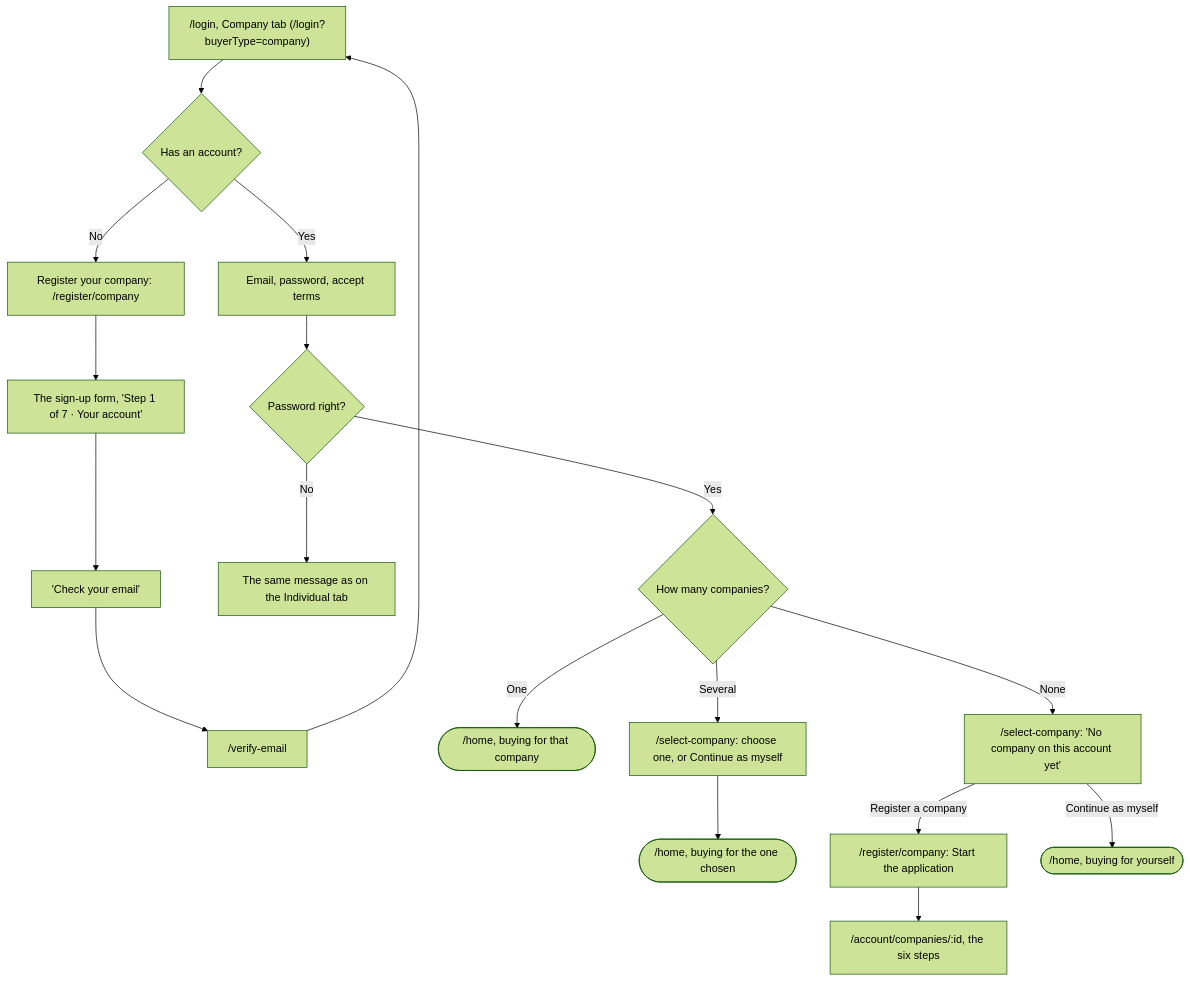
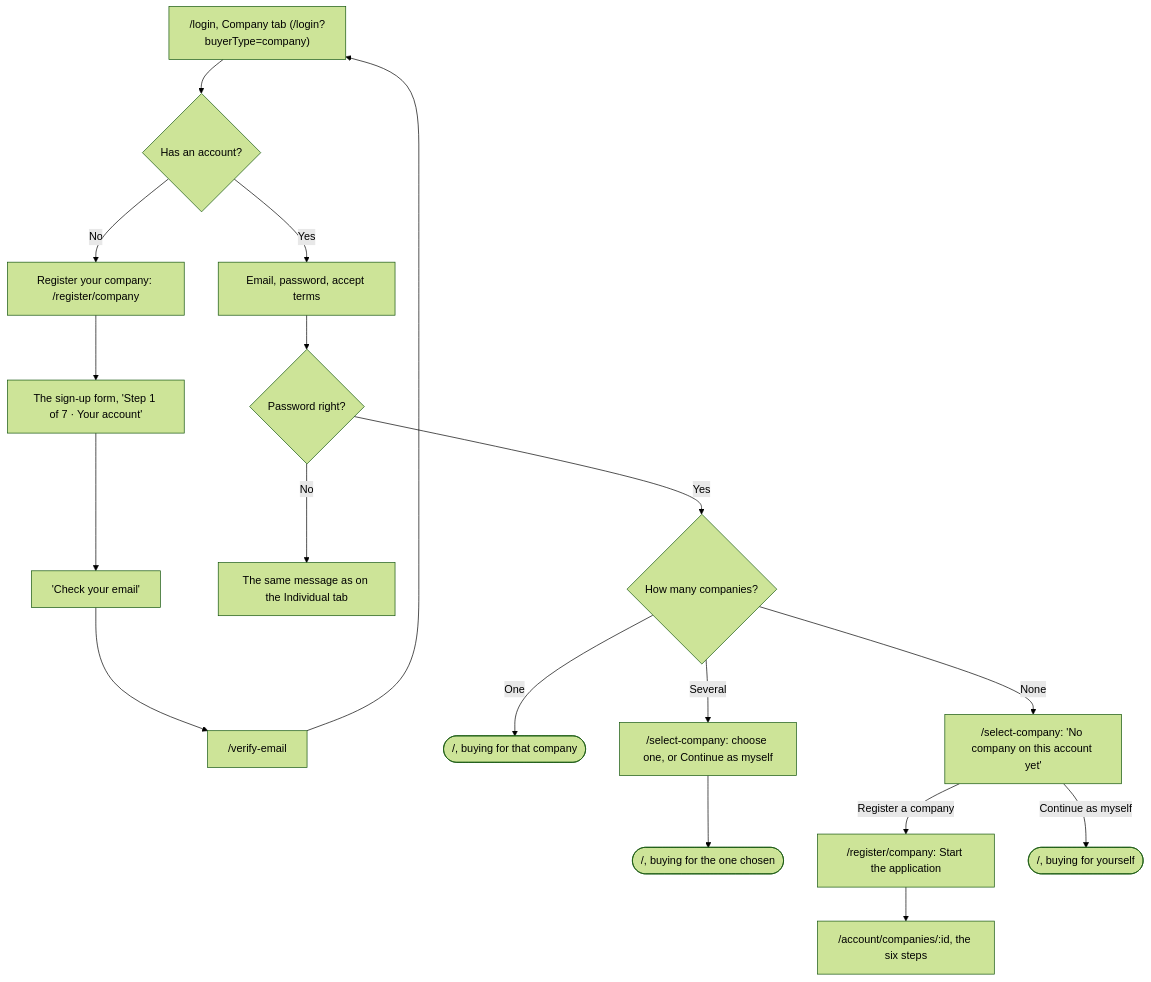
Before and after one commit to UBoss-AI/UBoss-Sourcing: the sixth of 17 diagrams in docs/UI-SCREENS.md, drawn with Mermaid (forest theme). The commit also changed other lines of this file and 182 other files, not shown here.

````diff
--- a/docs/UI-SCREENS.md
+++ b/docs/UI-SCREENS.md
@@ -6207,19 +6487,19 @@
 ```mermaid
 flowchart TD
   Tab["/login, Company tab (/login?buyerType=company)"] --> HasAcct{"Has an account?"}
   HasAcct -->|"No"| RegCo["Register your company: /register/company"]
   RegCo --> Form["The sign-up form, 'Step 1 of 7 · Your account'"]
   Form --> Mail["'Check your email'"] --> Verify["/verify-email"]
   Verify --> Tab
   HasAcct -->|"Yes"| SignIn["Email, password, accept terms"]
   SignIn --> Wrong{"Password right?"}
   Wrong -->|"No"| Same["The same message as on the Individual tab"]
   Wrong -->|"Yes"| How{"How many companies?"}
-  How -->|"One"| Ready(["/home, buying for that company"])
+  How -->|"One"| Ready(["/, buying for that company"])
   How -->|"Several"| Pick["/select-company: choose one, or Continue as myself"]
-  Pick --> Ready2(["/home, buying for the one chosen"])
+  Pick --> Ready2(["/, buying for the one chosen"])
   How -->|"None"| NoCo["/select-company: 'No company on this account yet'"]
   NoCo -->|"Register a company"| Start["/register/company: Start the application"]
-  NoCo -->|"Continue as myself"| Self(["/home, buying for yourself"])
+  NoCo -->|"Continue as myself"| Self(["/, buying for yourself"])
   Start --> App["/account/companies/:id, the six steps"]
 ```
````
